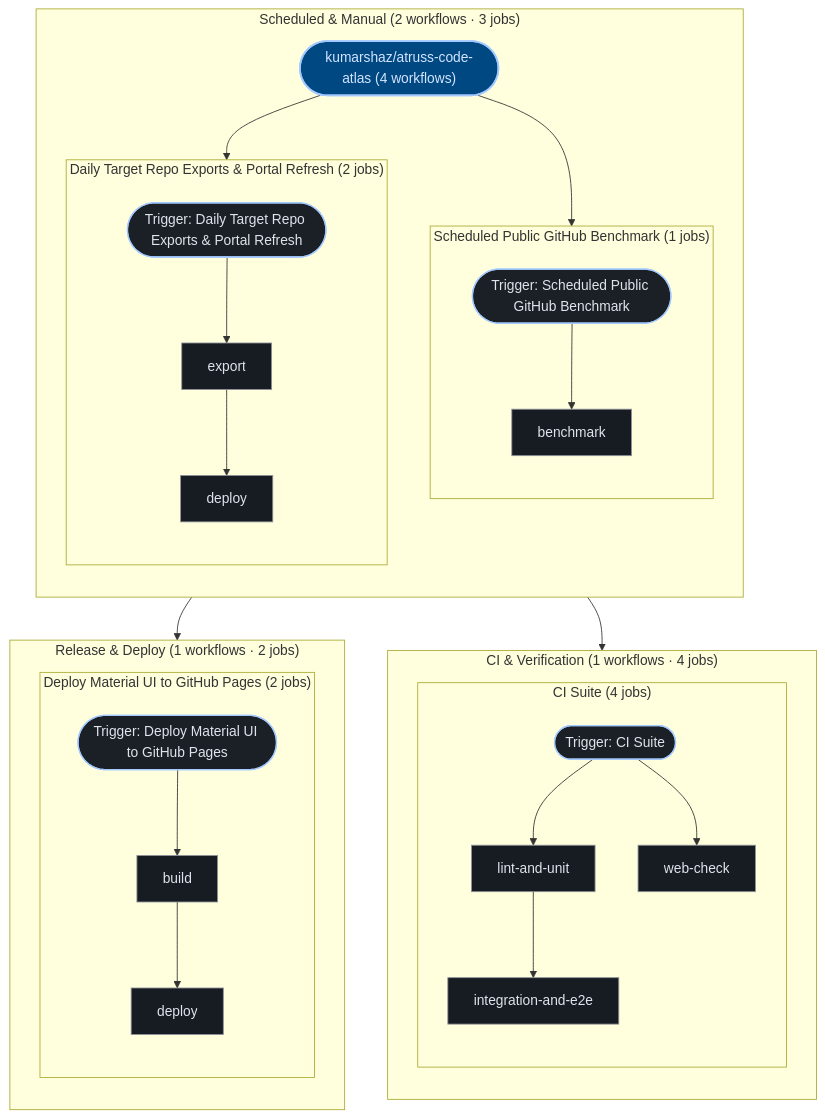
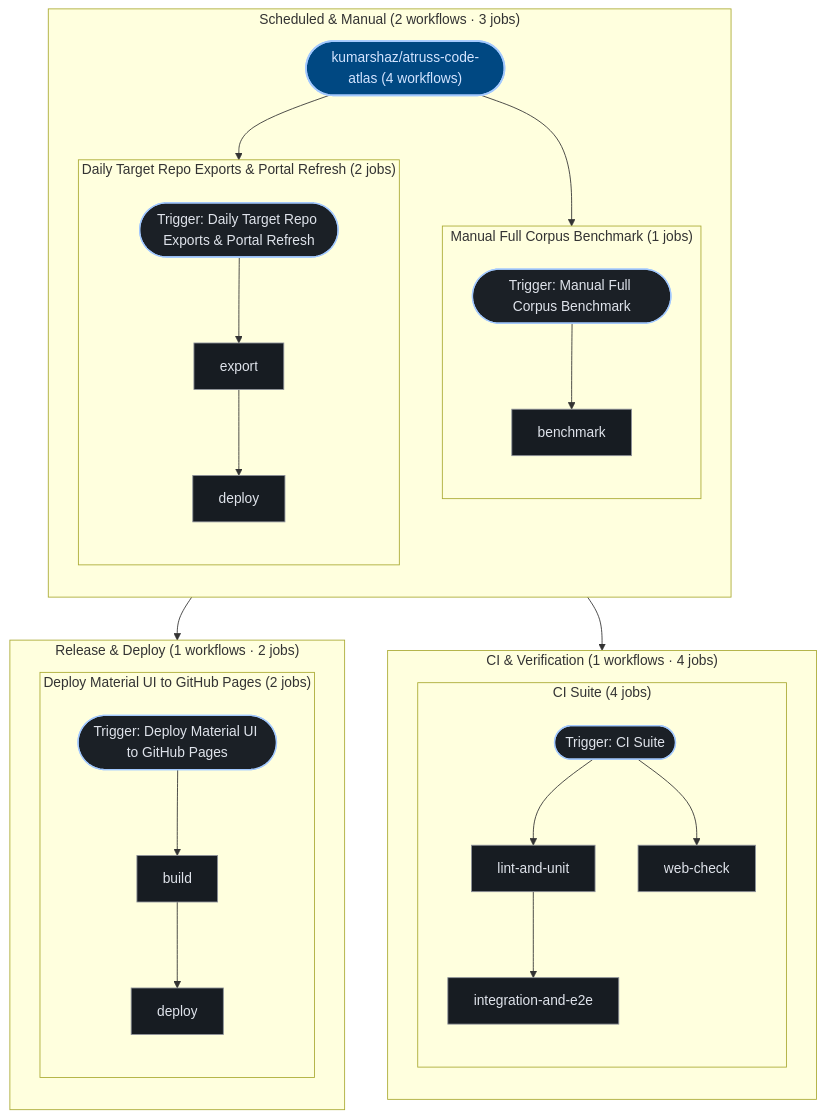
One commit to kumarshaz/atruss-code-atlas changed the third of 3 diagrams in exports/latest/reports/kumarshaz-atruss-code-atlas-report.md. Above: the diagram before and after it, drawn with Mermaid. The commit also changed other lines of this file and 51 other files, not shown here.

````diff
--- a/exports/latest/reports/kumarshaz-atruss-code-atlas-report.md
+++ b/exports/latest/reports/kumarshaz-atruss-code-atlas-report.md
@@ -289,57 +289,57 @@
 ```mermaid
 graph TD;
   %% title: CI/CD Pipeline Topology — kumarshaz/atruss-code-atlas
   classDef atlasRoot fill:#004882,stroke:#a3c9ff,stroke-width:2px,color:#d3e4ff
   classDef atlasCategory fill:#212428,stroke:#E87A48,stroke-width:1.5px,color:#dfe3eb
   classDef atlasWorkflow fill:#1b2026,stroke:#a3c9ff,stroke-width:1.5px,color:#dfe3eb
   classDef atlasJob fill:#171c22,stroke:#8d9199,stroke-width:1px,color:#dfe3eb
   classDef atlasTarget fill:#005227,stroke:#8bd99b,stroke-width:1.5px,color:#a7f6b6
   classDef atlasAlert fill:#93000a,stroke:#ffb4ab,stroke-width:1.5px,color:#ffdad6
   classDef atlasMore fill:#252a31,stroke:#8d9199,stroke-dasharray:4 4,color:#c3c6cf
   pipeline_root(["kumarshaz/atruss-code-atlas (4 workflows)"]):::atlasRoot
   subgraph sg_grp_0_Scheduled___Manual["Scheduled & Manual (2 workflows · 3 jobs)"]
     direction TB
-    subgraph sg_wf_0_Scheduled_Public_GitHub_Benchmark["Scheduled Public GitHub Benchmark (1 jobs)"]
+    subgraph sg_wf_0_Manual_Full_Corpus_Benchmark["Manual Full Corpus Benchmark (1 jobs)"]
       direction TB
-      wf_0_Scheduled_Public_GitHub_Benchmark(["Trigger: Scheduled Public GitHub Benchmark"]):::atlasWorkflow
+      wf_0_Manual_Full_Corpus_Benchmark(["Trigger: Manual Full Corpus Benchmark"]):::atlasWorkflow
       job_0_benchmark["benchmark"]:::atlasJob
-      wf_0_Scheduled_Public_GitHub_Benchmark --> job_0_benchmark
+      wf_0_Manual_Full_Corpus_Benchmark --> job_0_benchmark
     end
-    pipeline_root --> wf_0_Scheduled_Public_GitHub_Benchmark
+    pipeline_root --> wf_0_Manual_Full_Corpus_Benchmark
     subgraph sg_wf_1_Daily_Target_Repo_Exports___Portal_Refresh["Daily Target Repo Exports & Portal Refresh (2 jobs)"]
       direction TB
       wf_1_Daily_Target_Repo_Exports___Portal_Refresh(["Trigger: Daily Target Repo Exports & Portal Refresh"]):::atlasWorkflow
       job_1_export["export"]:::atlasJob
       job_1_deploy["deploy"]:::atlasJob
       wf_1_Daily_Target_Repo_Exports___Portal_Refresh --> job_1_export
       job_1_export --> job_1_deploy
     end
     pipeline_root --> wf_1_Daily_Target_Repo_Exports___Portal_Refresh
   end
   subgraph sg_grp_1_CI___Verification["CI & Verification (1 workflows · 4 jobs)"]
     direction TB
     subgraph sg_wf_3_CI_Suite["CI Suite (4 jobs)"]
       direction TB
       wf_3_CI_Suite(["Trigger: CI Suite"]):::atlasWorkflow
       job_3_lint_and_unit["lint-and-unit"]:::atlasJob
       job_3_web_check["web-check"]:::atlasJob
       job_3_integration_and_e2e["integration-and-e2e"]:::atlasJob
       wf_3_CI_Suite --> job_3_lint_and_unit
       wf_3_CI_Suite --> job_3_web_check
       job_3_lint_and_unit --> job_3_integration_and_e2e
     end
     pipeline_root --> wf_3_CI_Suite
   end
   subgraph sg_grp_2_Release___Deploy["Release & Deploy (1 workflows · 2 jobs)"]
     direction TB
     subgraph sg_wf_2_Deploy_Material_UI_to_GitHub_Pages["Deploy Material UI to GitHub Pages (2 jobs)"]
       direction TB
       wf_2_Deploy_Material_UI_to_GitHub_Pages(["Trigger: Deploy Material UI to GitHub Pages"]):::atlasWorkflow
       job_2_build["build"]:::atlasJob
       job_2_deploy["deploy"]:::atlasJob
       wf_2_Deploy_Material_UI_to_GitHub_Pages --> job_2_build
       job_2_build --> job_2_deploy
     end
     pipeline_root --> wf_2_Deploy_Material_UI_to_GitHub_Pages
   end
 ```
````
